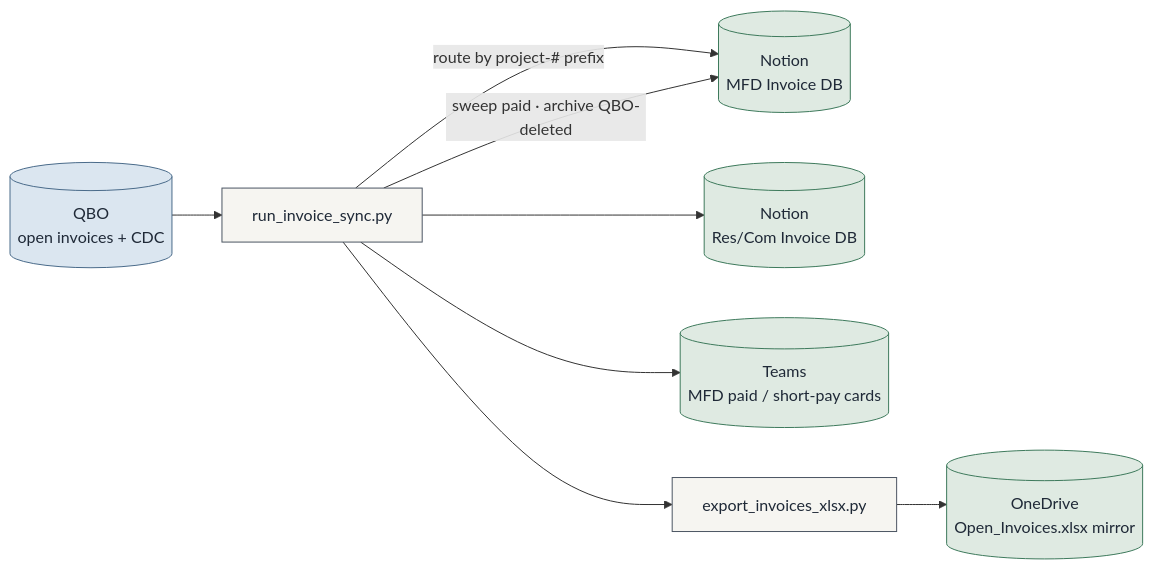
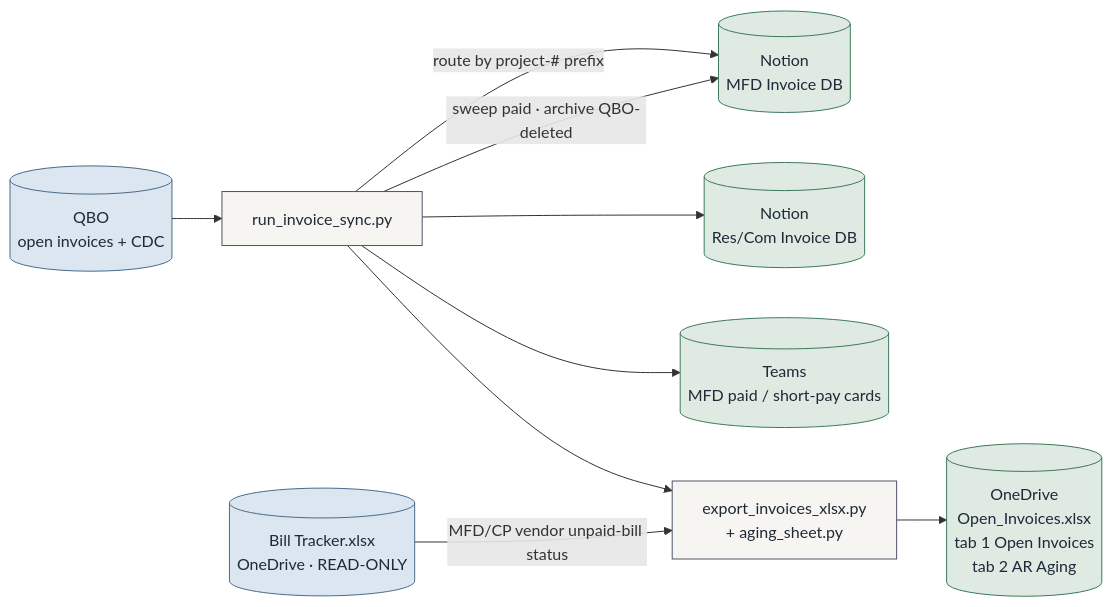
Before and after one commit to Ecarlo-Proficient/Claude-Report: the first of 5 diagrams in docs/ARCHITECTURE.md, drawn with Mermaid. The commit also changed other lines of this file and 4 other files, not shown here.

First line of the commit message:
invoice-sync: AR Aging tab on Open_Invoices.xlsx

````diff
--- a/docs/ARCHITECTURE.md
+++ b/docs/ARCHITECTURE.md
@@ -60,21 +60,23 @@
 ```mermaid
 flowchart LR
     classDef src fill:#dbe6f0,stroke:#4A6B8A,color:#1f2937
     classDef tool fill:#f6f5f1,stroke:#4b5563,color:#1f2937
     classDef out fill:#dfeae2,stroke:#3E7A5C,color:#1f2937
 
     QBO[("QBO\nopen invoices + CDC")]:::src
     SYNC["run_invoice_sync.py"]:::tool
     MFD[("Notion\nMFD Invoice DB")]:::out
     RES[("Notion\nRes/Com Invoice DB")]:::out
     TEAMS[("Teams\nMFD paid / short-pay cards")]:::out
-    XL["export_invoices_xlsx.py"]:::tool
-    OD[("OneDrive\nOpen_Invoices.xlsx mirror")]:::out
+    XL["export_invoices_xlsx.py\n+ aging_sheet.py"]:::tool
+    BTX[("Bill Tracker.xlsx\nOneDrive · READ-ONLY")]:::src
+    OD[("OneDrive\nOpen_Invoices.xlsx\ntab 1 Open Invoices\ntab 2 AR Aging")]:::out
 
     QBO --> SYNC
     SYNC -- "route by project-# prefix" --> MFD
     SYNC --> RES
     SYNC -- "sweep paid · archive QBO-deleted" --> MFD
     SYNC --> TEAMS
     SYNC --> XL --> OD
+    BTX -- "MFD/CP vendor unpaid-bill status" --> XL
 ```
````
